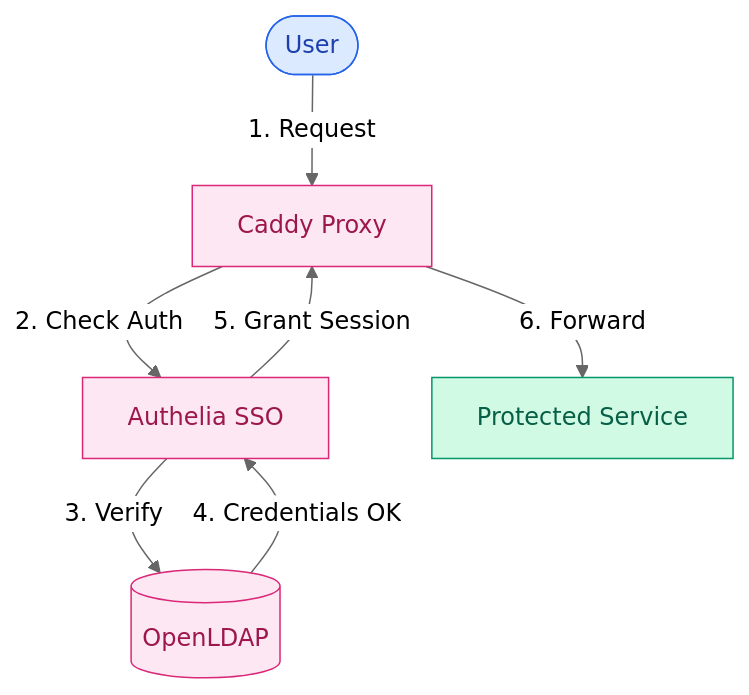
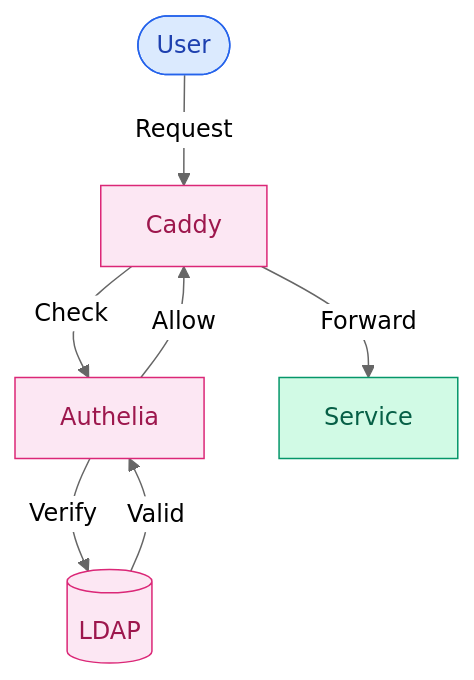
Before and after one commit to Mykyta-Home-Server/homeserver: the third of 4 diagrams in docs-site/src/content/docs/guides/introduction.mdx, drawn with Mermaid (neutral theme). The commit also changed other lines of this file and 2 other files, not shown here.

First line of the commit message:
Fix diagram labels: remove cutoff text, use short clear labels

````diff
--- a/docs-site/src/content/docs/guides/introduction.mdx
+++ b/docs-site/src/content/docs/guides/introduction.mdx
@@ -112,25 +112,25 @@
 ```mermaid
 flowchart TB
     User([User])
-    Caddy[Caddy Proxy]
+    Caddy[Caddy]
 
-    Authelia[Authelia SSO]
-    LDAP[(OpenLDAP)]
+    Authelia[Authelia]
+    LDAP[(LDAP)]
 
-    Service[Protected Service]
+    Service[Service]
 
-    User -->|1. Request| Caddy
-    Caddy -->|2. Check Auth| Authelia
-    Authelia -->|3. Verify| LDAP
-    LDAP -->|4. Credentials OK| Authelia
-    Authelia -->|5. Grant Session| Caddy
-    Caddy -->|6. Forward| Service
+    User -->|Request| Caddy
+    Caddy -->|Check| Authelia
+    Authelia -->|Verify| LDAP
+    LDAP -->|Valid| Authelia
+    Authelia -->|Allow| Caddy
+    Caddy -->|Forward| Service
 
     classDef client fill:#dbeafe,stroke:#2563eb,color:#1e40af
     classDef auth fill:#fce7f3,stroke:#db2777,color:#9d174d
     classDef backend fill:#d1fae5,stroke:#059669,color:#065f46
 
     class User client
     class Caddy,Authelia,LDAP auth
     class Service backend
 ```
````
